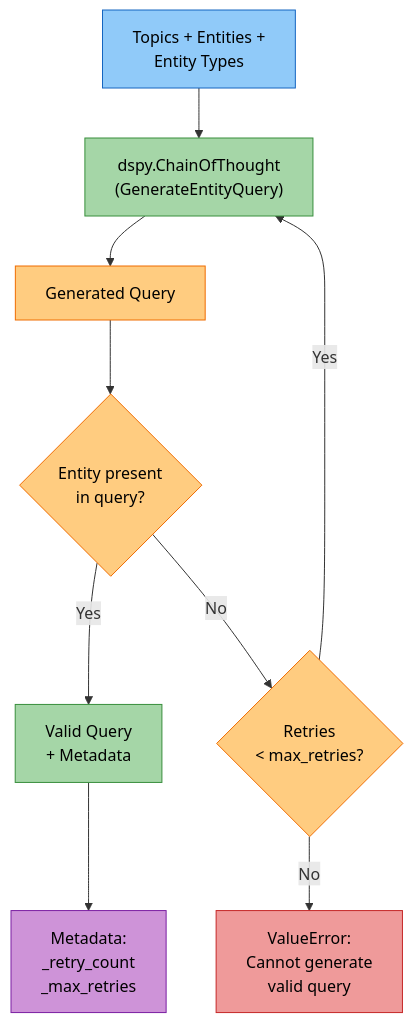
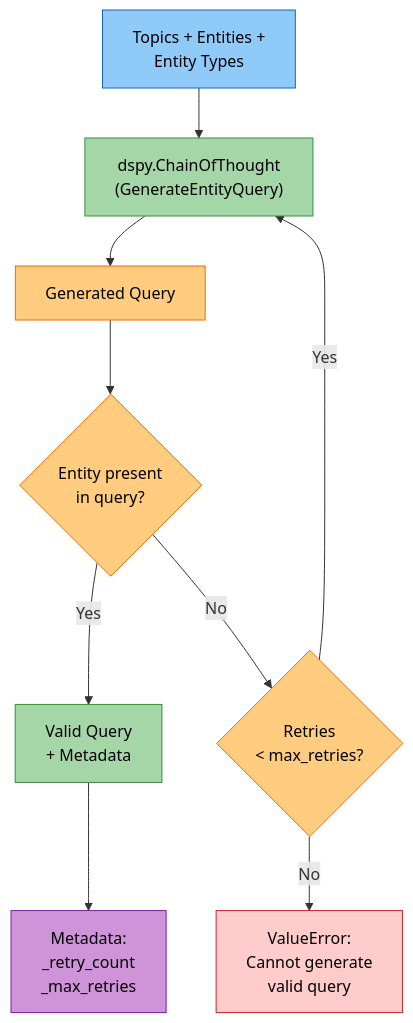
Before and after one commit to amit-jain/cogniverse: the second of 8 diagrams in docs/architecture/evaluation-optimization-loop.md, drawn with Mermaid. The commit also changed other lines of this file and 2 other files, not shown here.

````diff
--- a/docs/architecture/evaluation-optimization-loop.md
+++ b/docs/architecture/evaluation-optimization-loop.md
@@ -246,21 +246,21 @@
 ```mermaid
 flowchart TD
     IN["<span style='color:#000'>Topics + Entities +<br/>Entity Types</span>"] --> COT["<span style='color:#000'>dspy.ChainOfThought<br/>(GenerateEntityQuery)</span>"]
     COT --> Q["<span style='color:#000'>Generated Query</span>"]
     Q --> VAL{"<span style='color:#000'>Entity present<br/>in query?</span>"}
     VAL -- "Yes" --> OUT["<span style='color:#000'>Valid Query<br/>+ Metadata</span>"]
     VAL -- "No" --> RC{"<span style='color:#000'>Retries<br/>< max_retries?</span>"}
     RC -- "Yes" --> COT
     RC -- "No" --> ERR["<span style='color:#000'>ValueError:<br/>Cannot generate<br/>valid query</span>"]
 
     OUT --> META["<span style='color:#000'>Metadata:<br/>_retry_count<br/>_max_retries</span>"]
 
     style IN fill:#90caf9,stroke:#1565c0,color:#000
     style COT fill:#a5d6a7,stroke:#388e3c,color:#000
     style Q fill:#ffcc80,stroke:#ef6c00,color:#000
     style VAL fill:#ffcc80,stroke:#ef6c00,color:#000
     style OUT fill:#a5d6a7,stroke:#388e3c,color:#000
     style RC fill:#ffcc80,stroke:#ef6c00,color:#000
-    style ERR fill:#ef9a9a,stroke:#c62828,color:#000
+    style ERR fill:#ffcccc,stroke:#c62828,color:#000
     style META fill:#ce93d8,stroke:#7b1fa2,color:#000
 ```
````
